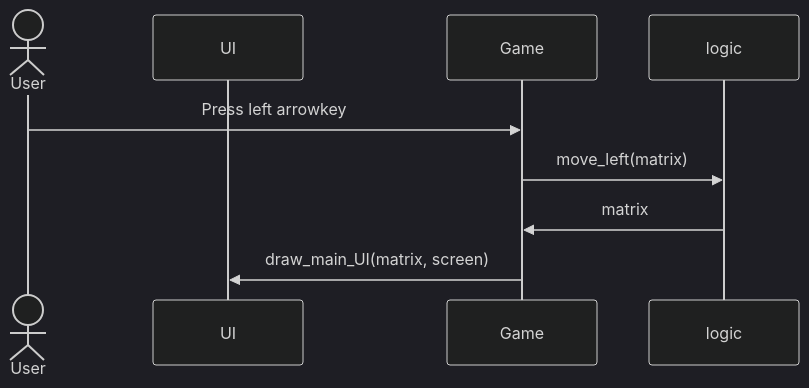
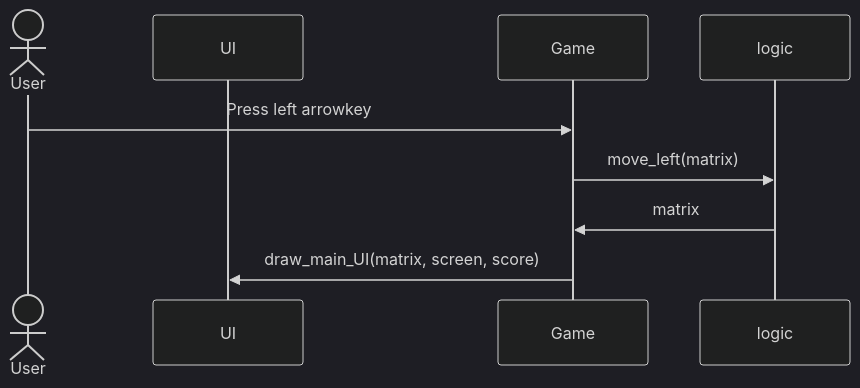
Before and after one commit to Jusq17/ot-harjoitustyo: the first of 5 diagrams in Dokumentaatio/arkkitehtuuri.md, drawn with Mermaid (dark theme). The commit also changed other lines of this file, not shown here.

````diff
--- a/Dokumentaatio/arkkitehtuuri.md
+++ b/Dokumentaatio/arkkitehtuuri.md
@@ -44,11 +44,11 @@
 ```mermaid
 sequenceDiagram
   actor User
   participant UI
   participant Game
   participant logic
   User->>Game: Press left arrowkey
   Game->>logic: move_left(matrix)
   logic->>Game: matrix
-  Game->>UI: draw_main_UI(matrix, screen)
+  Game->>UI: draw_main_UI(matrix, screen, score)
 ```
````
